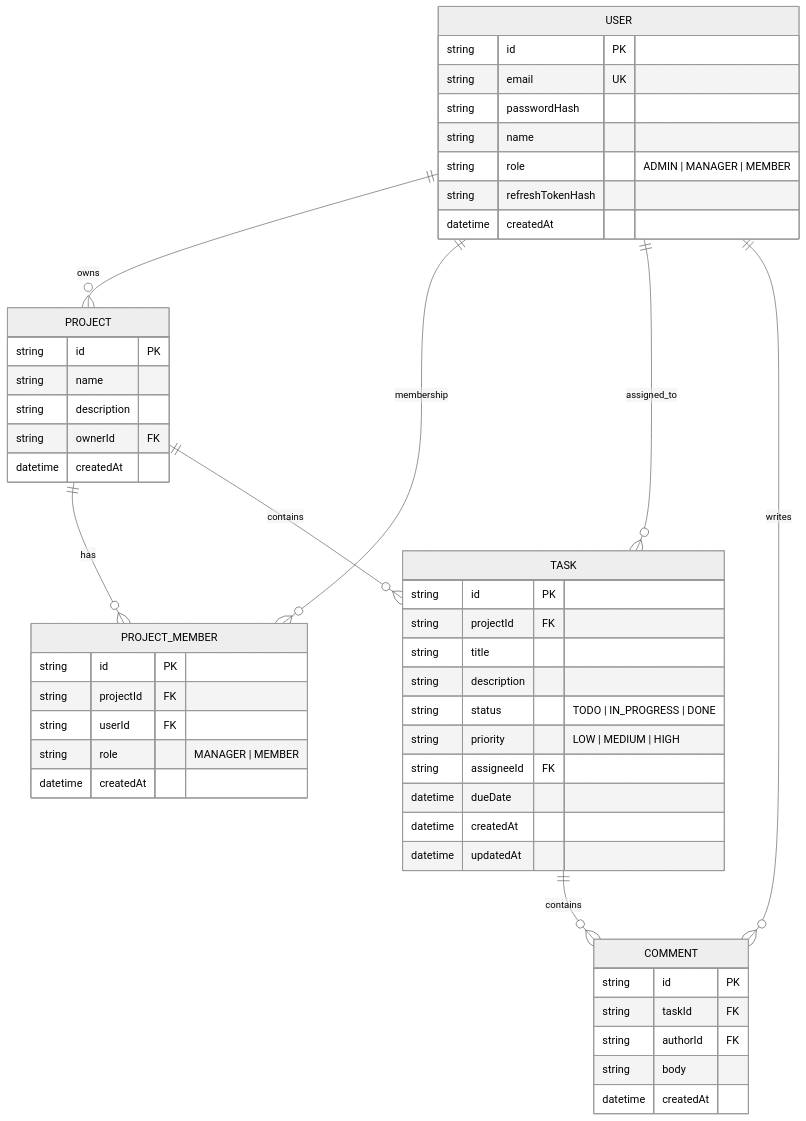
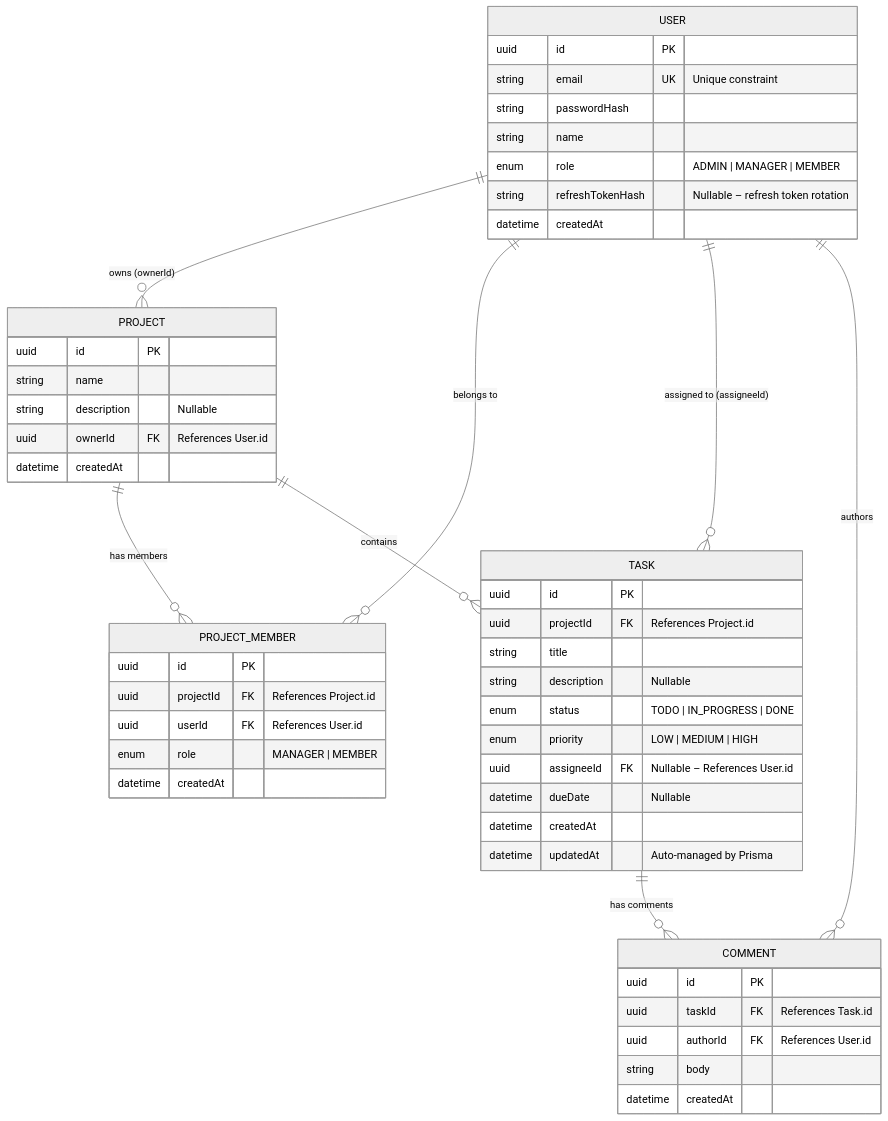
One commit to SupunPushpakumara/CDAZZDEV_Tech_Assessment changed the diagram in README.md. Above: the diagram before and after it, drawn with Mermaid (neutral theme). The commit also changed other lines of this file and 1 other file, not shown here.

Commit message:
docs: update project documentation, add architecture decisions, and document database schema enhancements

````diff
--- a/README.md
+++ b/README.md
@@ -47,59 +111,59 @@
 ```mermaid
 erDiagram
     USER {
-        string id PK
-        string email UK
+        uuid id PK
+        string email UK "Unique constraint"
         string passwordHash
         string name
-        string role "ADMIN | MANAGER | MEMBER"
-        string refreshTokenHash
+        enum role "ADMIN | MANAGER | MEMBER"
+        string refreshTokenHash "Nullable – refresh token rotation"
         datetime createdAt
     }
-    
+
     PROJECT {
-        string id PK
+        uuid id PK
         string name
-        string description
-        string ownerId FK
+        string description "Nullable"
+        uuid ownerId FK "References User.id"
         datetime createdAt
     }
 
     PROJECT_MEMBER {
-        string id PK
-        string projectId FK
-        string userId FK
-        string role "MANAGER | MEMBER"
+        uuid id PK
+        uuid projectId FK "References Project.id"
+        uuid userId FK "References User.id"
+        enum role "MANAGER | MEMBER"
         datetime createdAt
     }
 
     TASK {
-        string id PK
-        string projectId FK
+        uuid id PK
+        uuid projectId FK "References Project.id"
         string title
-        string description
-        string status "TODO | IN_PROGRESS | DONE"
-        string priority "LOW | MEDIUM | HIGH"
-        string assigneeId FK
-        datetime dueDate
+        string description "Nullable"
+        enum status "TODO | IN_PROGRESS | DONE"
+        enum priority "LOW | MEDIUM | HIGH"
+        uuid assigneeId FK "Nullable – References User.id"
+        datetime dueDate "Nullable"
         datetime createdAt
-        datetime updatedAt
+        datetime updatedAt "Auto-managed by Prisma"
     }
 
     COMMENT {
-        string id PK
-        string taskId FK
-        string authorId FK
+        uuid id PK
+        uuid taskId FK "References Task.id"
+        uuid authorId FK "References User.id"
         string body
         datetime createdAt
     }
 
-    USER ||--o{ PROJECT : "owns"
-    USER ||--o{ PROJECT_MEMBER : "membership"
-    USER ||--o{ TASK : "assigned_to"
-    USER ||--o{ COMMENT : "writes"
-    
-    PROJECT ||--o{ PROJECT_MEMBER : "has"
+    USER ||--o{ PROJECT : "owns (ownerId)"
+    USER ||--o{ PROJECT_MEMBER : "belongs to"
+    USER ||--o{ TASK : "assigned to (assigneeId)"
+    USER ||--o{ COMMENT : "authors"
+
+    PROJECT ||--o{ PROJECT_MEMBER : "has members"
     PROJECT ||--o{ TASK : "contains"
-    
-    TASK ||--o{ COMMENT : "contains"
+
+    TASK ||--o{ COMMENT : "has comments"
 ```
````
